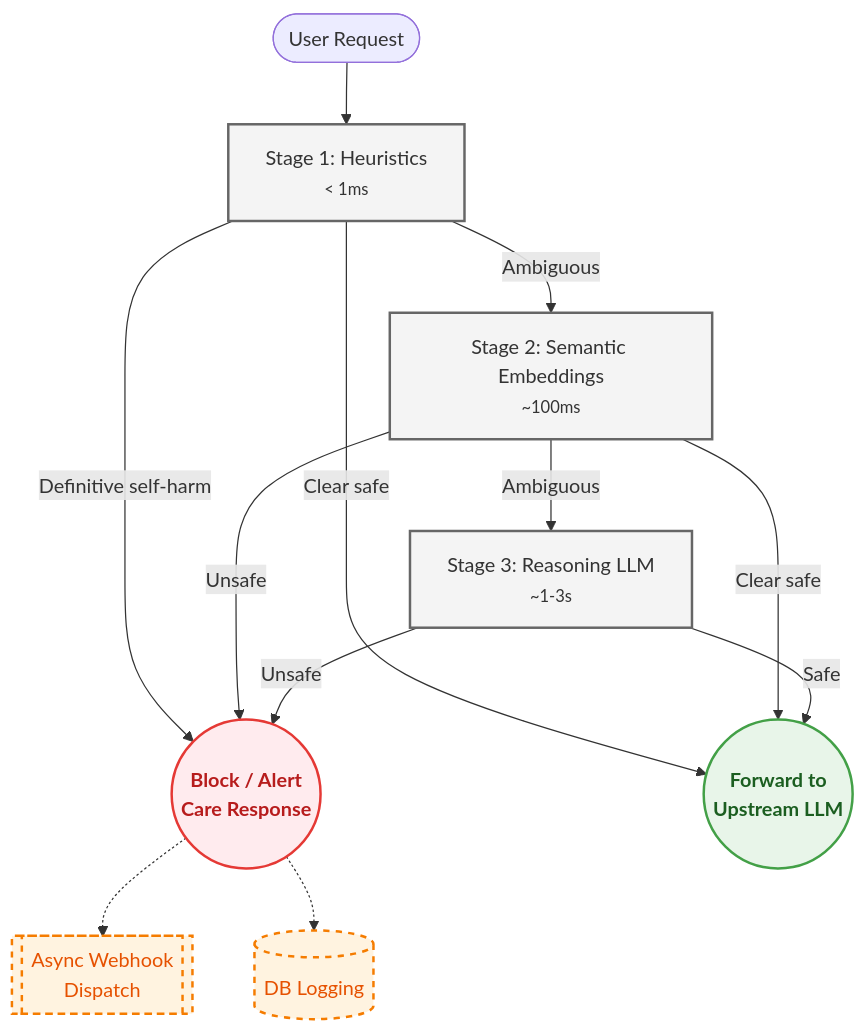
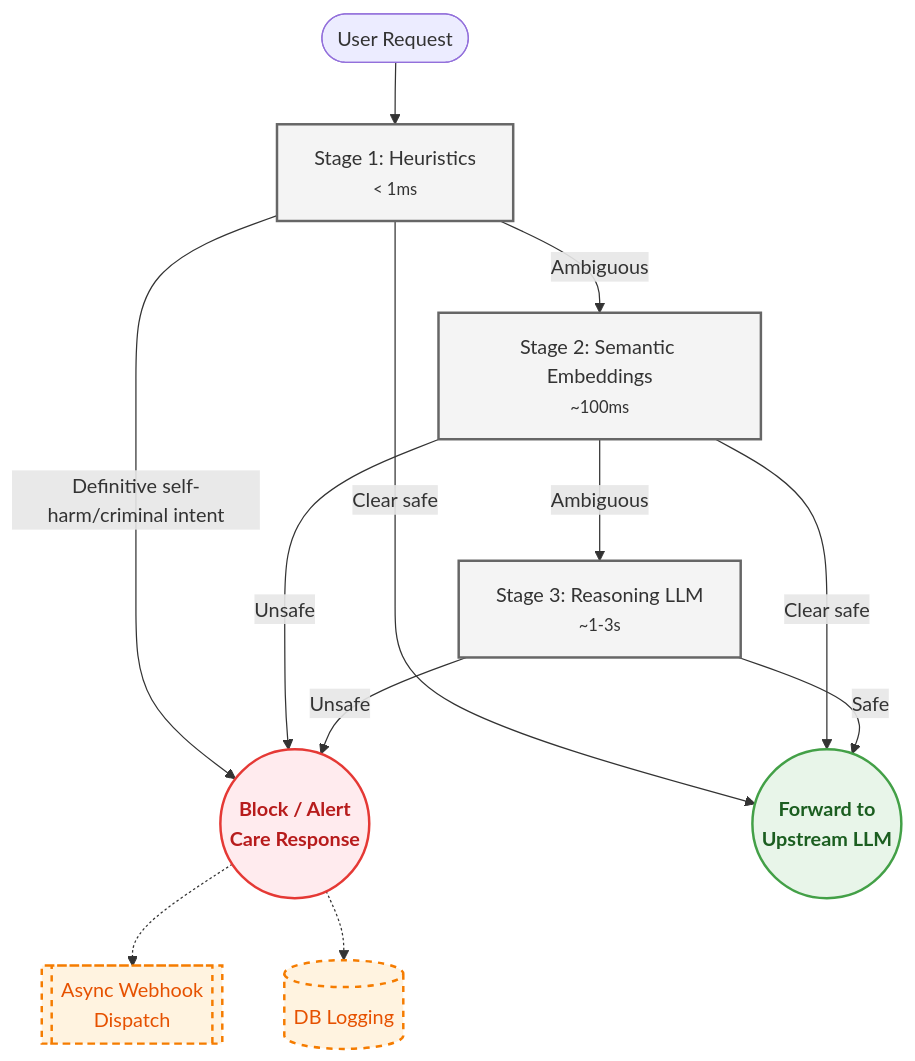
Before and after one commit to Vishisht16/Humane-Proxy: the diagram in README.md, drawn with Mermaid.

Commit message:
docs: update Stage 1 transition label to include criminal intent (Fixes PR comments)

````diff
--- a/README.md
+++ b/README.md
@@ -137,34 +137,34 @@
 ```mermaid
 flowchart TD
     %% Define styles
     classDef stage fill:#f4f4f4,stroke:#666,stroke-width:2px,color:#333
     classDef block fill:#ffebee,stroke:#e53935,stroke-width:2px,color:#b71c1c,font-weight:bold
     classDef forward fill:#e8f5e9,stroke:#43a047,stroke-width:2px,color:#1b5e20,font-weight:bold
     classDef external fill:#fff3e0,stroke:#f57c00,stroke-width:2px,stroke-dasharray: 5 5,color:#e65100
 
     User([User Request]) --> S1
     
     S1[Stage 1: Heuristics<br><small>< 1ms</small>]:::stage
     S2[Stage 2: Semantic Embeddings<br><small>~100ms</small>]:::stage
     S3[Stage 3: Reasoning LLM<br><small>~1-3s</small>]:::stage
     
     Block((Block / Alert<br>Care Response)):::block
     Forward((Forward to<br>Upstream LLM)):::forward
     
     Webhook[[Async Webhook<br>Dispatch]]:::external
     DB[(DB Logging)]:::external
 
-    S1 -- Definitive self-harm --> Block
+    S1 -- Definitive self-harm/criminal intent --> Block
     S1 -- Clear safe --> Forward
     S1 -- Ambiguous --> S2
 
     S2 -- Unsafe --> Block
     S2 -- Clear safe --> Forward
     S2 -- Ambiguous --> S3
 
     S3 -- Unsafe --> Block
     S3 -- Safe --> Forward
 
     Block -.-> Webhook
     Block -.-> DB
 ```
````
